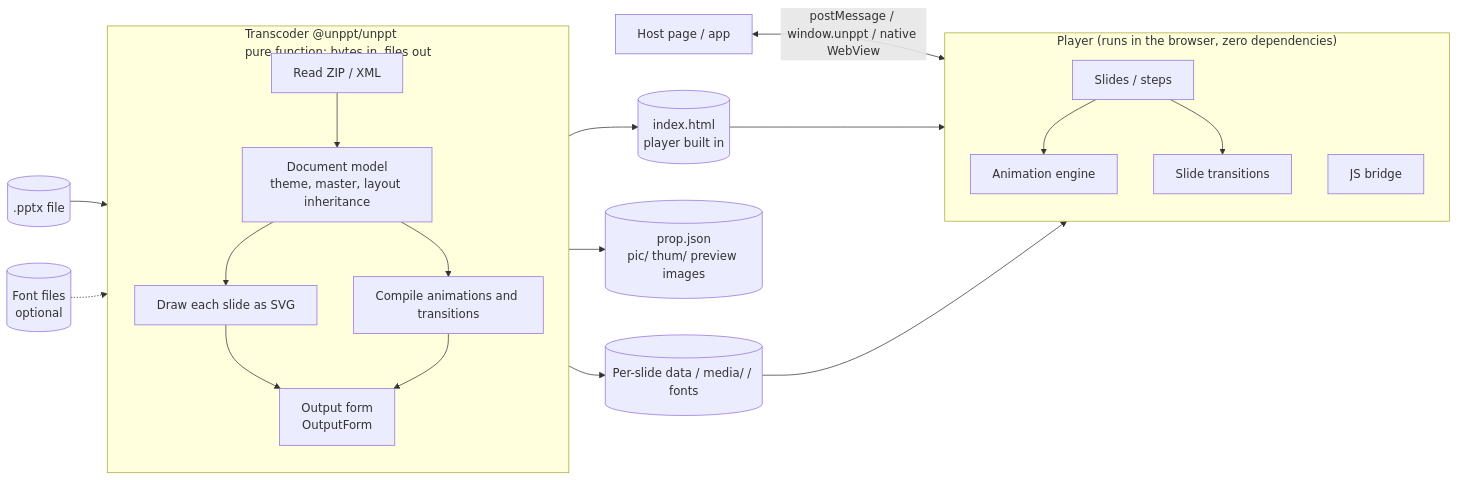
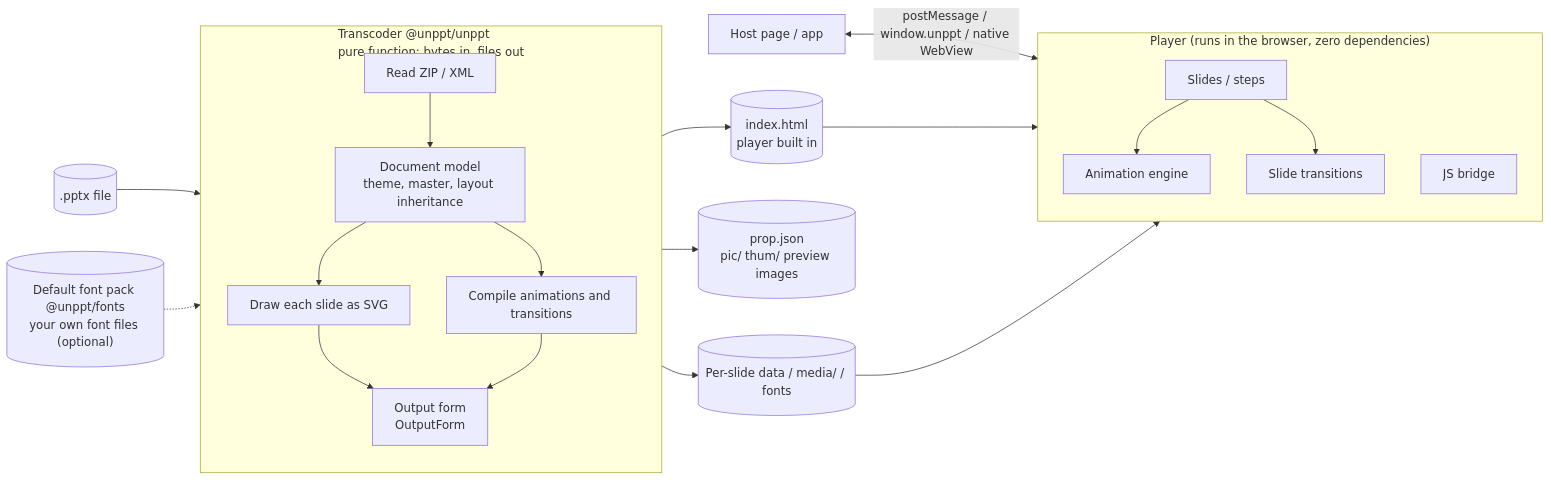
One commit to spitmaster/unppt changed the first of 16 diagrams in docs/en/architecture.md. Above: the diagram before and after it, drawn with Mermaid. The commit also changed other lines of this file and 2 other files, not shown here.

Commit message:
docs: 架构文档对照 0.3.1 代码更新——字体包作为输入、checkFonts / cli-check.ts / node-fonts.ts、字体库 library.ts、可变字体实例、符号字体 cmap、图表文字字体 chart-fonts.ts、标点禁则 kinsoku.ts、出图按能画全文字选字体；效果数字换成 0.3.1 测试报告；去掉已全部完成的"重构前的问题"表和已解决的"可变字体"差距

````diff
--- a/docs/en/architecture.md
+++ b/docs/en/architecture.md
@@ -41,25 +41,25 @@
 ```mermaid
 flowchart LR
   pptx[(".pptx file")] --> T
-  fonts[("Font files<br/>optional")] -.-> T
+  fonts[("Default font pack @unppt/fonts<br/>your own font files (optional)")] -.-> T
   subgraph T["Transcoder @unppt/unppt<br/>pure function: bytes in, files out"]
     direction TB
     read["Read ZIP / XML"] --> model["Document model<br/>theme, master, layout inheritance"]
     model --> render["Draw each slide as SVG"]
     model --> anim["Compile animations and transitions"]
     render --> out["Output form<br/>OutputForm"]
     anim --> out
   end
   out --> html[("index.html<br/>player built in")]
   out --> files[("Per-slide data / media/ / fonts")]
   out --> prop[("prop.json<br/>pic/ thum/ preview images")]
   html --> P
   files --> P
   subgraph P["Player (runs in the browser, zero dependencies)"]
     direction TB
     nav["Slides / steps"] --> engine["Animation engine"]
     nav --> trans["Slide transitions"]
     bridge["JS bridge"]
   end
   host["Host page / app"] <-->|"postMessage / window.unppt / native WebView"| bridge
 ```
````
